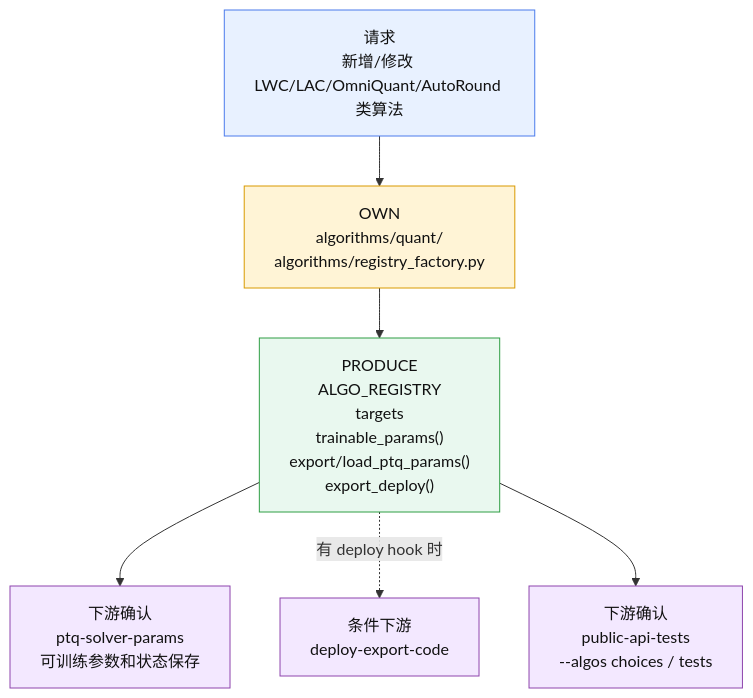
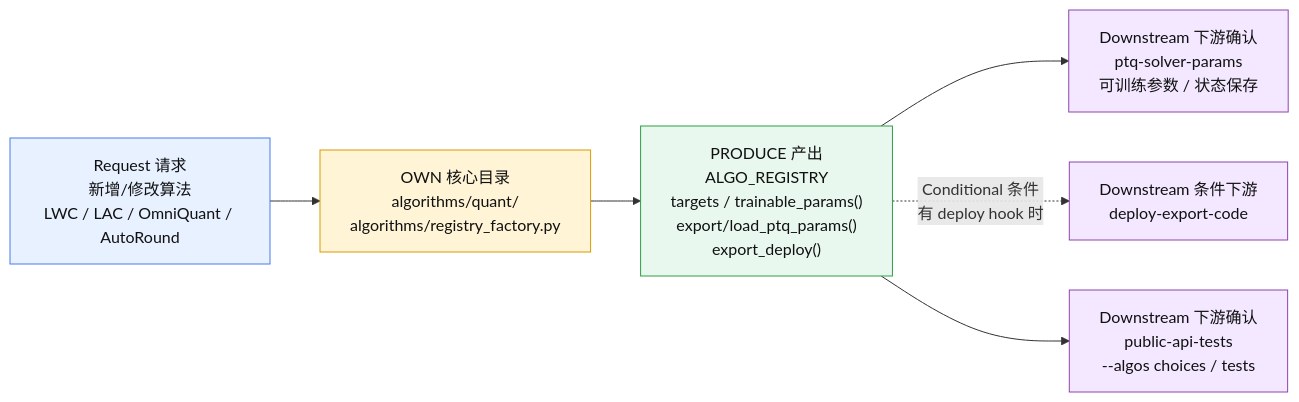
One commit to Atlas-Ascend-Fork/amct changed the fourth of 11 diagrams in .agents/docs/amct-coder-module-analysis.md. Above: the diagram before and after it, drawn with Mermaid. The commit also changed other lines of this file, not shown here.

````diff
--- a/.agents/docs/amct-coder-module-analysis.md
+++ b/.agents/docs/amct-coder-module-analysis.md
@@ -135,17 +183,17 @@
 ```mermaid
-flowchart TB
-    A["请求<br/>新增/修改 LWC/LAC/OmniQuant/AutoRound 类算法"] --> B["OWN<br/>algorithms/quant/<br/>algorithms/registry_factory.py"]
-    B --> C["PRODUCE<br/>ALGO_REGISTRY<br/>targets<br/>trainable_params()<br/>export/load_ptq_params()<br/>export_deploy()"]
-    C --> D["下游确认<br/>ptq-solver-params<br/>可训练参数和状态保存"]
-    C -. "有 deploy hook 时" .-> E["条件下游<br/>deploy-export-code"]
-    C --> F["下游确认<br/>public-api-tests<br/>--algos choices / tests"]
+flowchart LR
+    A["Request 请求<br/>新增/修改算法<br/>LWC / LAC / OmniQuant / AutoRound"] --> B["OWN 核心目录<br/>algorithms/quant/<br/>algorithms/registry_factory.py"]
+    B --> C["PRODUCE 产出<br/>ALGO_REGISTRY<br/>targets / trainable_params()<br/>export/load_ptq_params()<br/>export_deploy()"]
+    C --> D["Downstream 下游确认<br/>ptq-solver-params<br/>可训练参数 / 状态保存"]
+    C -. "Conditional 条件<br/>有 deploy hook 时" .-> E["Downstream 条件下游<br/>deploy-export-code"]
+    C --> F["Downstream 下游确认<br/>public-api-tests<br/>--algos choices / tests"]
 
     classDef entry fill:#e8f1ff,stroke:#4b7bec,stroke-width:1px,color:#111;
     classDef core fill:#fff4d6,stroke:#d99a00,stroke-width:1px,color:#111;
     classDef data fill:#e9f8ef,stroke:#2f9e44,stroke-width:1px,color:#111;
     classDef out fill:#f3e8ff,stroke:#8e44ad,stroke-width:1px,color:#111;
     class A entry;
     class B core;
     class C data;
     class D,E,F out;
 ```
````
